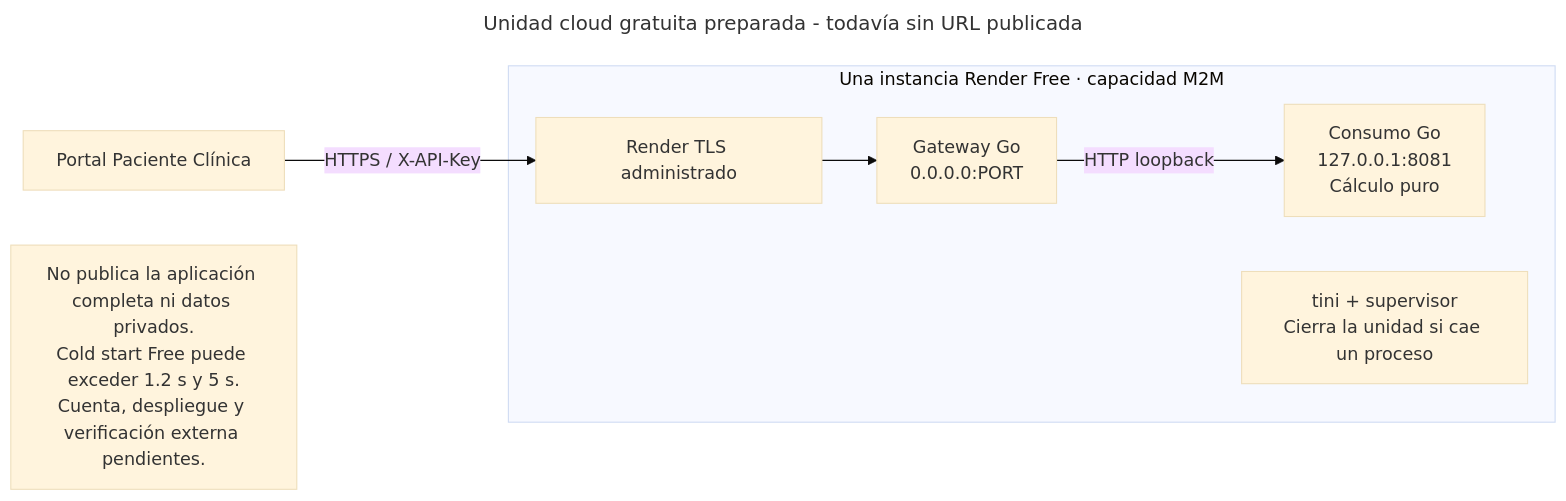
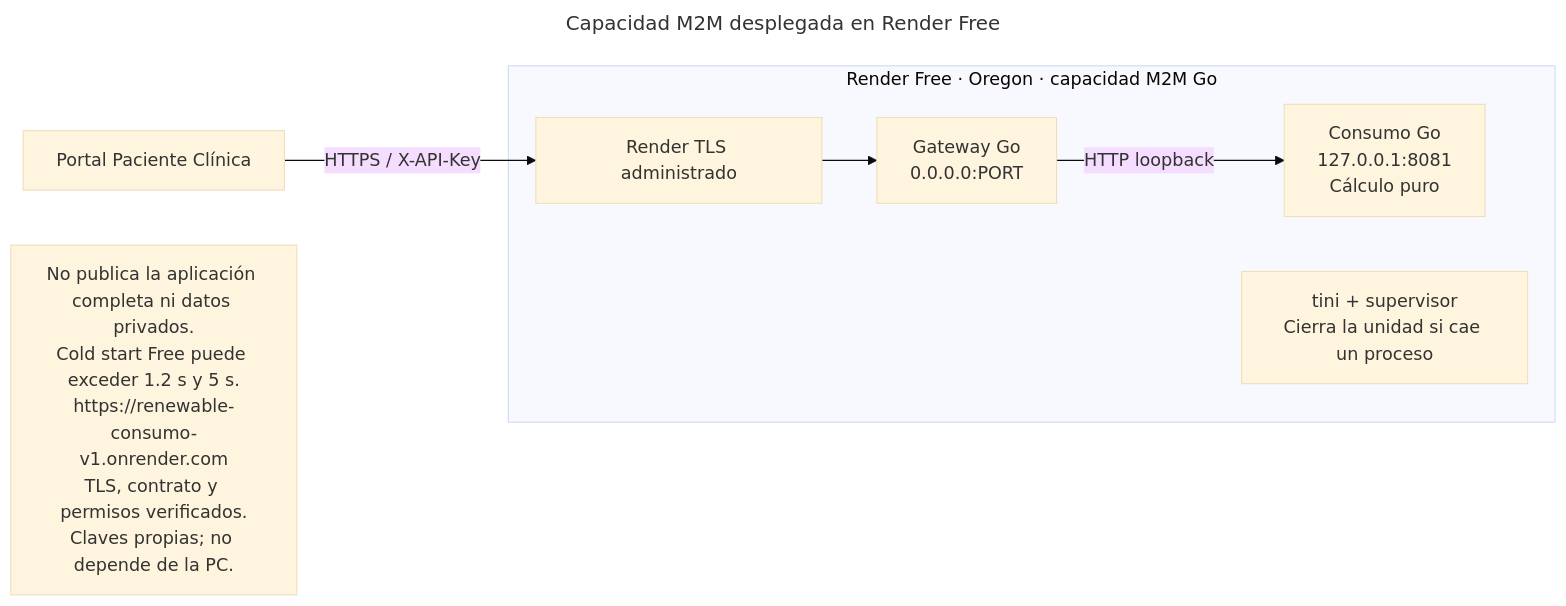
Before and after one commit to Franciscosrrr/ArquitecturasoftwareRenewableEnergyTiziFran: the diagram in docs/diagrams/cloud-gratuito.mmd, drawn with Mermaid (base theme). The commit also changed 22 other files, not shown here.

```diff
--- a/docs/diagrams/cloud-gratuito.mmd
+++ b/docs/diagrams/cloud-gratuito.mmd
@@ -1,11 +1,11 @@
 ---
-title: Unidad cloud gratuita preparada - todavía sin URL publicada
+title: Capacidad M2M desplegada en Render Free
 ---
 flowchart LR
  C["Portal Paciente Clínica"] -->|"HTTPS / X-API-Key"| TLS["Render TLS administrado"]
- subgraph FREE["Una instancia Render Free · capacidad M2M"]
+ subgraph FREE["Render Free · Oregon · capacidad M2M Go"]
  TLS --> G["Gateway Go<br/>0.0.0.0:PORT"]
  G -->|"HTTP loopback"| E["Consumo Go<br/>127.0.0.1:8081<br/>Cálculo puro"]
  T["tini + supervisor<br/>Cierra la unidad si cae un proceso"]
  end
- N["No publica la aplicación completa ni datos privados.<br/>Cold start Free puede exceder 1.2 s y 5 s.<br/>Cuenta, despliegue y verificación externa pendientes."]
+ N["No publica la aplicación completa ni datos privados.<br/>Cold start Free puede exceder 1.2 s y 5 s.<br/>https://renewable-consumo-v1.onrender.com<br/>TLS, contrato y permisos verificados.<br/>Claves propias; no depende de la PC."]
```
